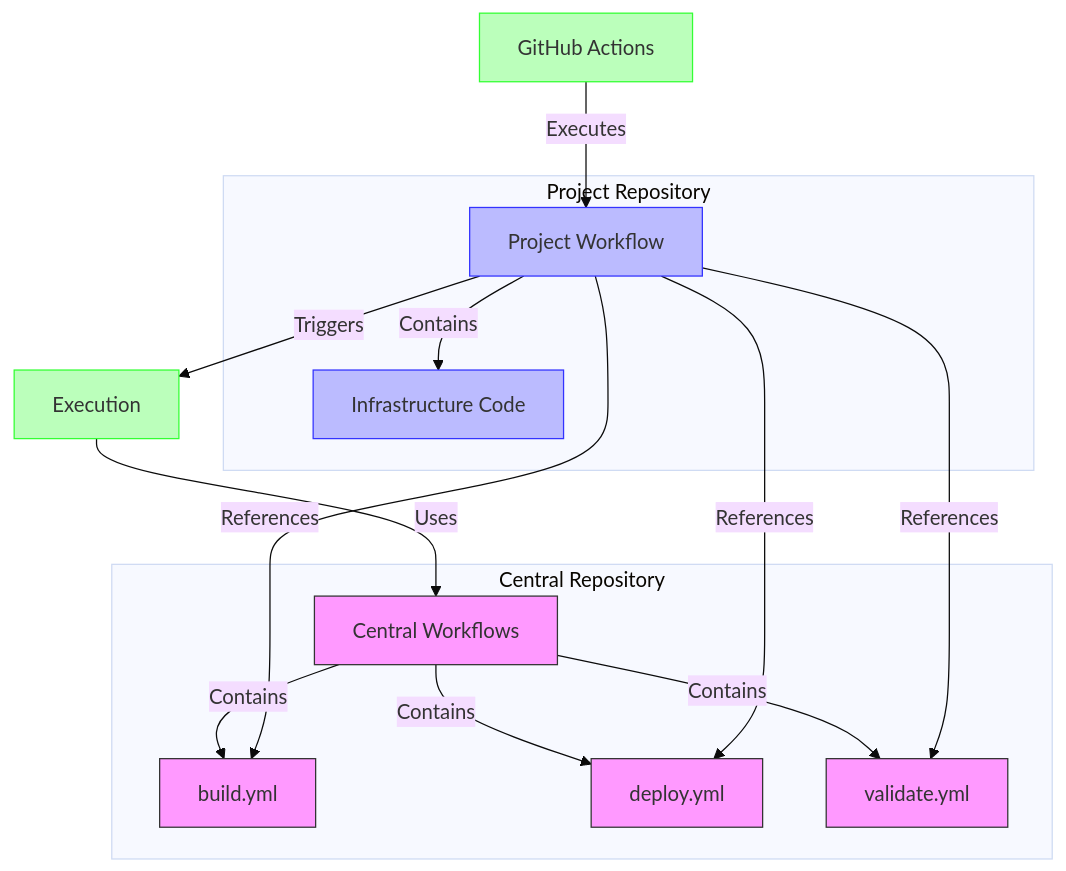
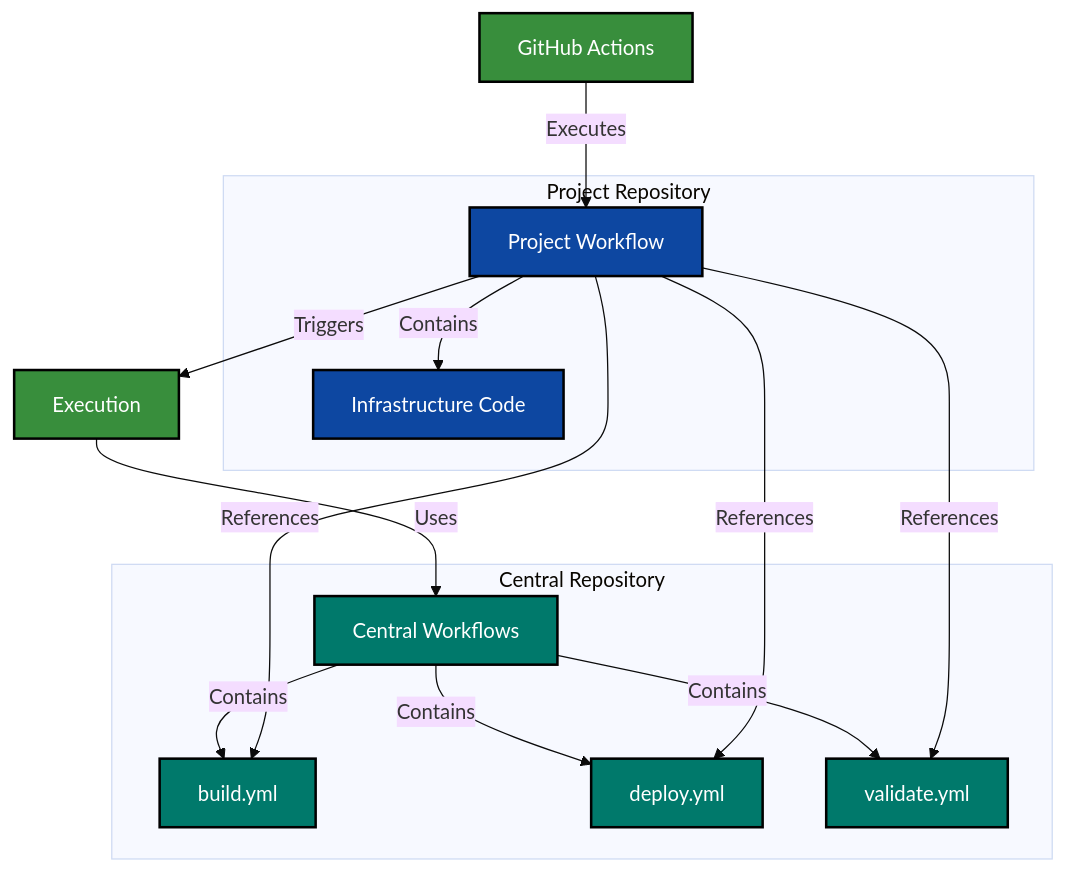
Before and after one commit to tw3lveparsecs/tw3lveparsecs.github.io: the fourth of 8 diagrams in _posts/2025-03-31-azure-iac-devops-series-central-pipelines.md, drawn with Mermaid (base theme). The commit also changed other lines of this file, not shown here.

````diff
--- a/_posts/2025-03-31-azure-iac-devops-series-central-pipelines.md
+++ b/_posts/2025-03-31-azure-iac-devops-series-central-pipelines.md
@@ -100,28 +105,28 @@
 ```mermaid
 flowchart TD
-    subgraph "Central Repository"
-        CW[Central Workflows]
-        CW --> |Contains| BW[build.yml]
-        CW --> |Contains| DW[deploy.yml]
-        CW --> |Contains| VW[validate.yml]
-    end
+  subgraph "Central Repository"
+    CW[Central Workflows]
+    CW --> |Contains| BW[build.yml]
+    CW --> |Contains| DW[deploy.yml]
+    CW --> |Contains| VW[validate.yml]
+  end
 
-    subgraph "Project Repository"
-        PW[Project Workflow]
-        PW --> |References| BW
-        PW --> |References| DW
-        PW --> |References| VW
-        PW --> |Contains| IC[Infrastructure Code]
-    end
+  subgraph "Project Repository"
+    PW[Project Workflow]
+    PW --> |References| BW
+    PW --> |References| DW
+    PW --> |References| VW
+    PW --> |Contains| IC[Infrastructure Code]
+  end
 
-    GH[GitHub Actions] --> |Executes| PW
-    PW --> |Triggers| E[Execution]
-    E --> |Uses| CW
+  GH[GitHub Actions] --> |Executes| PW
+  PW --> |Triggers| E[Execution]
+  E --> |Uses| CW
 
-    classDef central fill:#f9f,stroke:#333,stroke-width:1px
-    classDef project fill:#bbf,stroke:#33f,stroke-width:1px
-    classDef execution fill:#bfb,stroke:#3f3,stroke-width:1px
-    class CW,BW,DW,VW central
-    class PW,IC project
-    class GH,E execution
+  classDef central fill:#00796b,color:#fff,stroke:#000,stroke-width:2px
+  classDef project fill:#0d47a1,color:#fff, stroke:#000,stroke-width:2px
+  classDef execution fill:#388e3c,color:#fff,stroke:#000,stroke-width:2px
+  class CW,BW,DW,VW central
+  class PW,IC project
+  class GH,E execution
 ```
````
